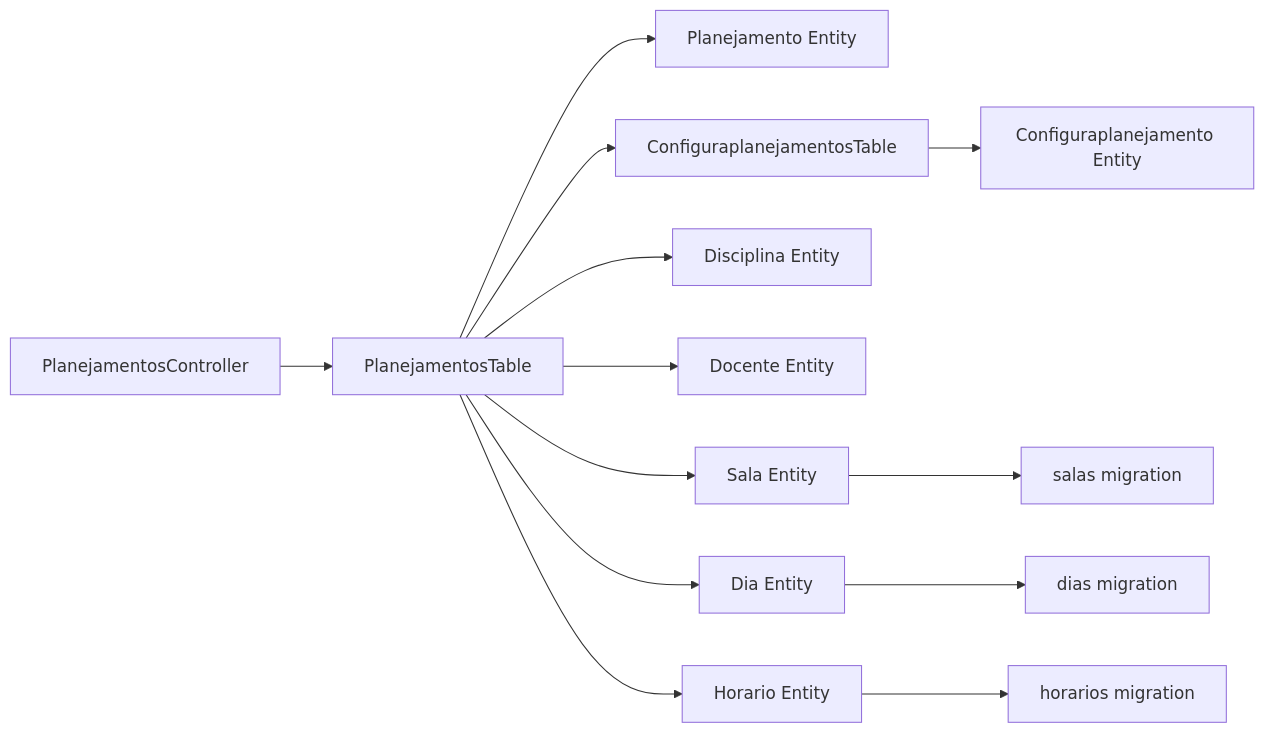
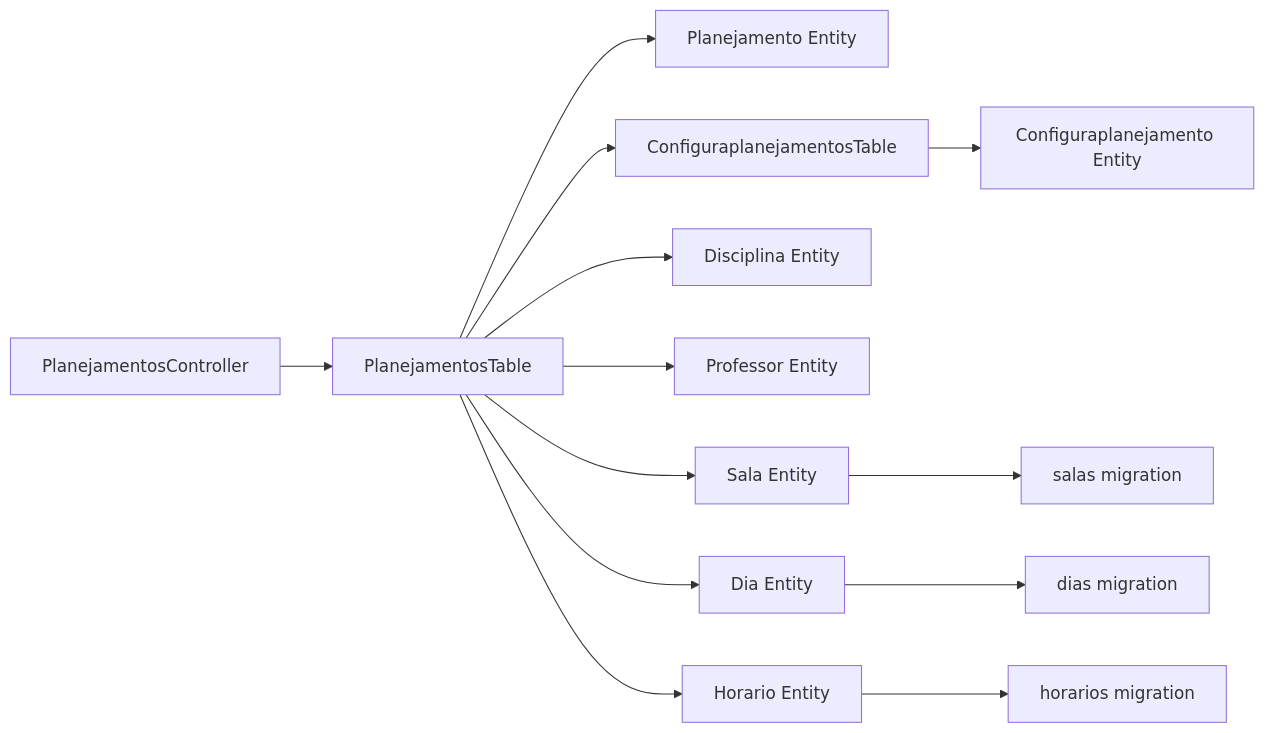
One commit to luiseduacosta/planejamento5 changed diagram 11 of 11 in .qoder/repowiki/en/content/Project Overview/Core Features Overview/Academic Planning Management/Academic Planning Management.md. Above: the diagram before and after it, drawn with Mermaid. The commit also changed other lines of this file and 37 other files, not shown here.

````diff
--- a/.qoder/repowiki/en/content/Project Overview/Core Features Overview/Academic Planning Management/Academic Planning Management.md
+++ b/.qoder/repowiki/en/content/Project Overview/Core Features Overview/Academic Planning Management/Academic Planning Management.md
@@ -422,15 +422,15 @@
 ```mermaid
 graph LR
 PC["PlanejamentosController"] --> PT["PlanejamentosTable"]
 PT --> PE["Planejamento Entity"]
 PT --> CT["ConfiguraplanejamentosTable"]
 CT --> CE["Configuraplanejamento Entity"]
 PT --> DE["Disciplina Entity"]
-PT --> DO["Docente Entity"]
+PT --> DO["Professor Entity"]
 PT --> SA["Sala Entity"]
 PT --> DI["Dia Entity"]
 PT --> HO["Horario Entity"]
 DI --> DM["dias migration"]
 HO --> HM["horarios migration"]
 SA --> SM["salas migration"]
 ```
````
